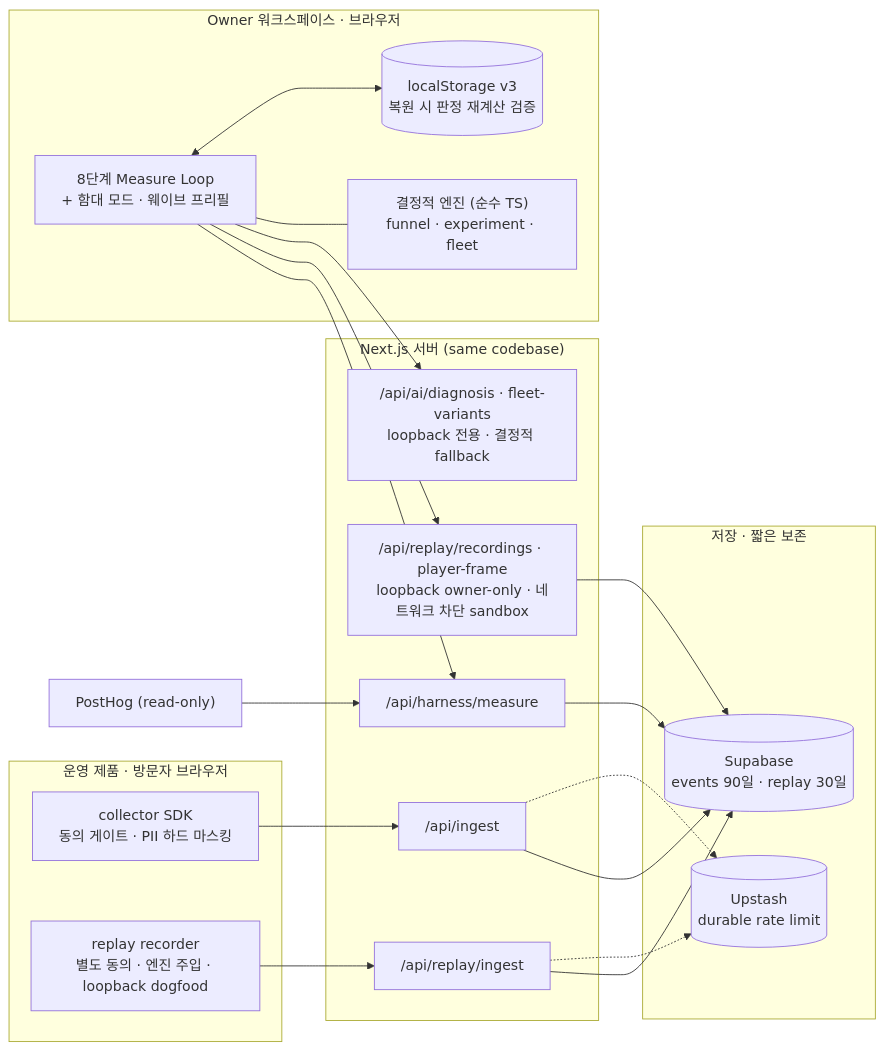
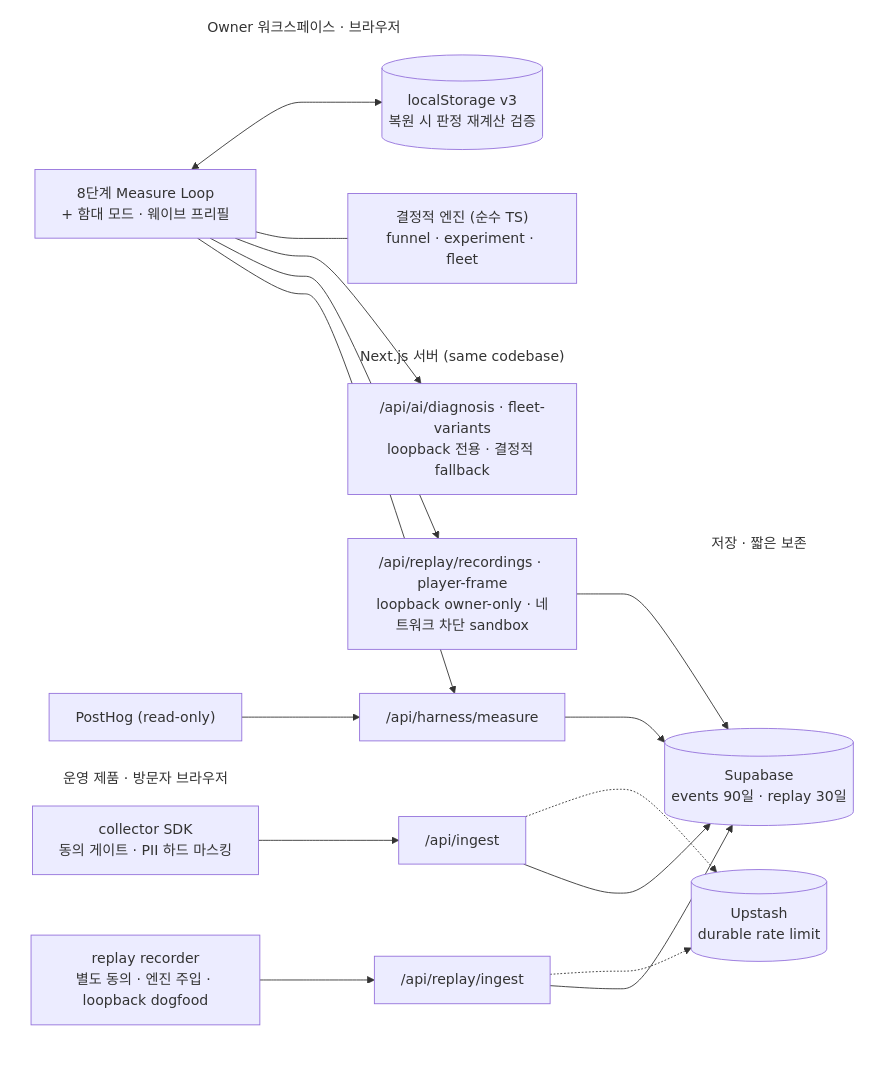
Before and after one commit to Power-xc/ux-measure-lab: the second of 2 diagrams in README.md, drawn with Mermaid. The commit also changed other lines of this file, not shown here.

Commit message:
docs: restyle the architecture diagram and rename rationale headings

````diff
--- a/README.md
+++ b/README.md
@@ -226,34 +226,41 @@
 ```mermaid
+%%{init: {"flowchart": {"subGraphTitleMargin": {"top": 8, "bottom": 8}}}}%%
+
 flowchart LR
   subgraph Visitor["운영 제품 · 방문자 브라우저"]
     SDK["collector SDK<br/>동의 게이트 · PII 하드 마스킹"]
     REC["replay recorder<br/>별도 동의 · 엔진 주입 · loopback dogfood"]
   end
   subgraph API["Next.js 서버 (same codebase)"]
     ING["/api/ingest"]
     RING["/api/replay/ingest"]
     MEAS["/api/harness/measure"]
     RREAD["/api/replay/recordings · player-frame<br/>loopback owner-only · 네트워크 차단 sandbox"]
     AIR["/api/ai/diagnosis · fleet-variants<br/>loopback 전용 · 결정적 fallback"]
   end
   subgraph Store["저장 · 짧은 보존"]
     SB[("Supabase<br/>events 90일 · replay 30일")]
     UP[("Upstash<br/>durable rate limit")]
   end
   subgraph Owner["Owner 워크스페이스 · 브라우저"]
     WS["8단계 Measure Loop<br/>+ 함대 모드 · 웨이브 프리필"]
     ENG["결정적 엔진 (순수 TS)<br/>funnel · experiment · fleet"]
     LS[("localStorage v3<br/>복원 시 판정 재계산 검증")]
   end
   PH["PostHog (read-only)"]
   SDK --> ING --> SB
   REC --> RING --> SB
   ING -.-> UP
   RING -.-> UP
   WS --> MEAS --> SB
   PH --> MEAS
   WS --> RREAD --> SB
   WS --> AIR
   WS --- ENG
   WS <--> LS
+
+  style Visitor fill:transparent,stroke:transparent
+  style API fill:transparent,stroke:transparent
+  style Store fill:transparent,stroke:transparent
+  style Owner fill:transparent,stroke:transparent
 ```
````
